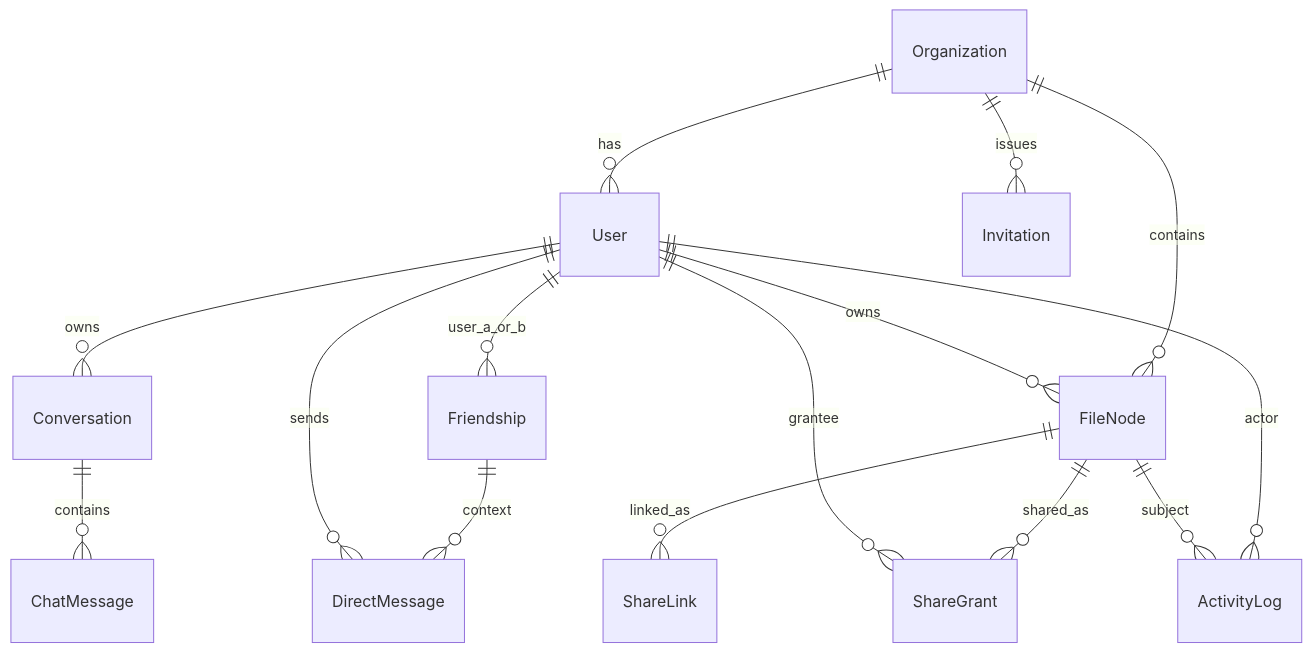
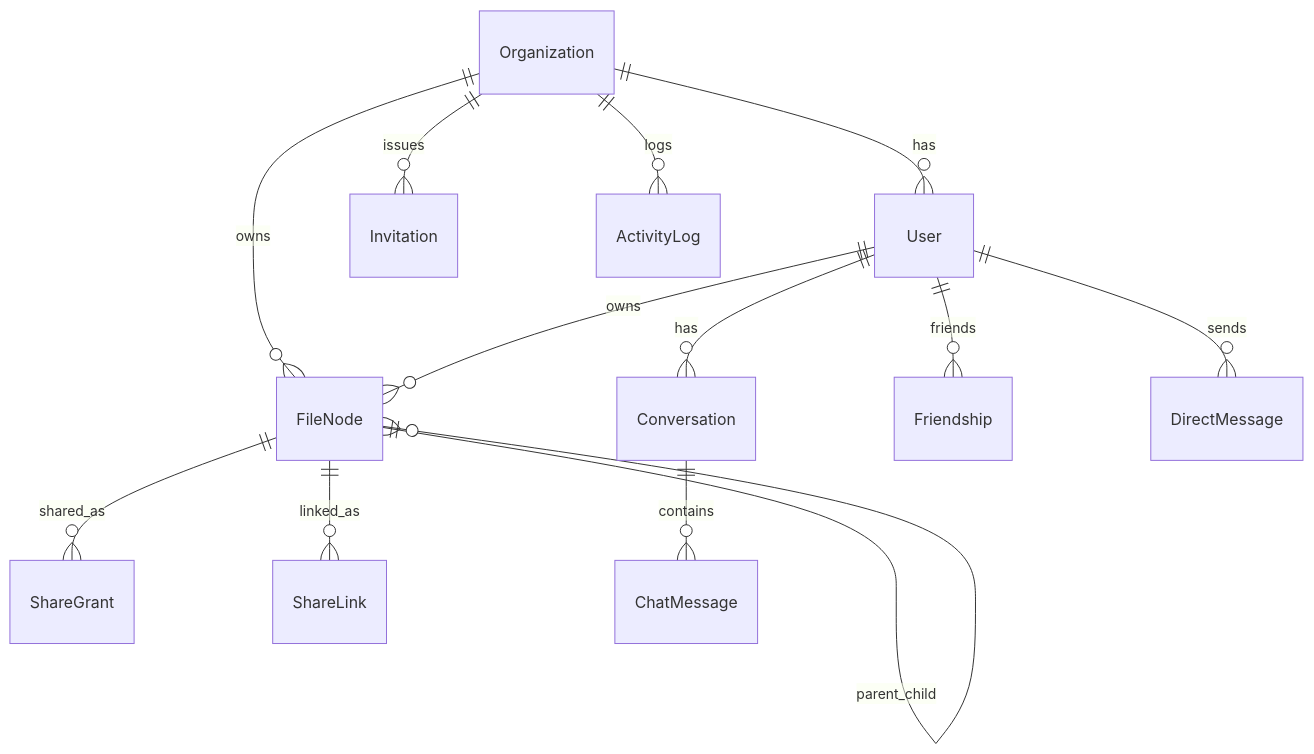
Before and after one commit to SarojGit-Dhungana/Nexus-Cloud-Storage: the first of 2 diagrams in docs/ARCHITECTURE.md, drawn with Mermaid. The commit also changed other lines of this file and 96 other files, not shown here.

````diff
--- a/docs/ARCHITECTURE.md
+++ b/docs/ARCHITECTURE.md
@@ -233,17 +147,15 @@
 ```mermaid
 erDiagram
-    Organization ||--o{ User : has
-    Organization ||--o{ FileNode : contains
-    Organization ||--o{ Invitation : issues
-    User ||--o{ FileNode : owns
-    User ||--o{ Conversation : owns
-    Conversation ||--o{ ChatMessage : contains
-    User ||--o{ Friendship : user_a_or_b
-    Friendship ||--o{ DirectMessage : context
-    User ||--o{ DirectMessage : sends
-    FileNode ||--o{ ShareGrant : shared_as
-    FileNode ||--o{ ShareLink : linked_as
-    User ||--o{ ShareGrant : grantee
-    User ||--o{ ActivityLog : actor
-    FileNode ||--o{ ActivityLog : subject
+  Organization ||--o{ User : has
+  Organization ||--o{ FileNode : owns
+  Organization ||--o{ Invitation : issues
+  Organization ||--o{ ActivityLog : logs
+  User ||--o{ FileNode : owns
+  FileNode ||--o{ FileNode : parent_child
+  FileNode ||--o{ ShareGrant : shared_as
+  FileNode ||--o{ ShareLink : linked_as
+  User ||--o{ Conversation : has
+  Conversation ||--o{ ChatMessage : contains
+  User ||--o{ Friendship : friends
+  User ||--o{ DirectMessage : sends
 ```
````
